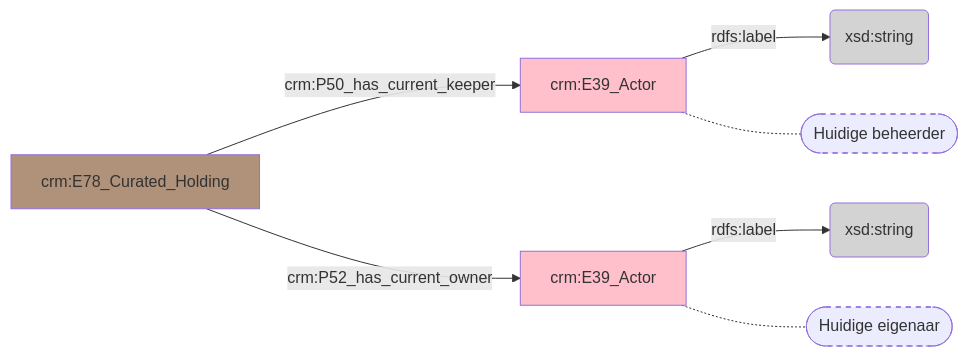
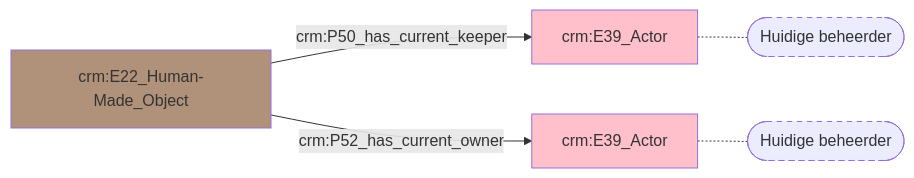
The diagram in docs/content/modellen/ArchivalUnit/Context.md (digipolisantwerpdocumentation/antwerp-cultureel-erfgoed), drawn with Mermaid before and after one commit. The commit also changed 170 other files, not shown here.

````diff
--- a/docs/content/modellen/ArchivalUnit/Context.md
+++ b/docs/content/modellen/ArchivalUnit/Context.md
@@ -1,16 +1,12 @@
 ```mermaid
 graph LR
-3b2194d8-04fb-11ee-9497-96a6d2455259["crm:E39_Actor"]-->|"rdfs:label"|3b21a662-04fb-11ee-9497-96a6d2455259(xsd:string)
-3b219744-04fb-11ee-9497-96a6d2455259["crm:E39_Actor"]-->|"rdfs:label"|3b21a6e4-04fb-11ee-9497-96a6d2455259(xsd:string)
-3b21a73e-04fb-11ee-9497-96a6d2455259["crm:E78_Curated_Holding"]-->|"crm:P50_has_current_keeper"|3b2194d8-04fb-11ee-9497-96a6d2455259["crm:E39_Actor"]
-3b21a73e-04fb-11ee-9497-96a6d2455259["crm:E78_Curated_Holding"]-->|"crm:P52_has_current_owner"|3b219744-04fb-11ee-9497-96a6d2455259["crm:E39_Actor"]
-3b2194d8-04fb-11ee-9497-96a6d2455259["crm:E39_Actor"]-.-3b2194d8-04fb-11ee-9497-96a6d2455259_s(["Huidige beheerder"])
-3b219744-04fb-11ee-9497-96a6d2455259["crm:E39_Actor"]-.-3b219744-04fb-11ee-9497-96a6d2455259_s(["Huidige eigenaar"])
-style 3b2194d8-04fb-11ee-9497-96a6d2455259_s stroke-dasharray: 5
-style 3b219744-04fb-11ee-9497-96a6d2455259_s stroke-dasharray: 5
-style 3b2194d8-04fb-11ee-9497-96a6d2455259 fill:#ffc0cb
-style 3b219744-04fb-11ee-9497-96a6d2455259 fill:#ffc0cb
-style 3b21a662-04fb-11ee-9497-96a6d2455259 fill:#D3D3D3
-style 3b21a6e4-04fb-11ee-9497-96a6d2455259 fill:#D3D3D3
-style 3b21a73e-04fb-11ee-9497-96a6d2455259 fill:#B0927A
+style 116b550e-27f8-11ef-9309-960002548b4f fill:#ffc0cb
+style 1fc1e45e-27f8-11ef-b550-960002548b4f fill:#ffc0cb
+style f03920c2-27f7-11ef-8f92-960002548b4f fill:#B0927A
+116b550e-27f8-11ef-9309-960002548b4f["crm:E39_Actor"]-.-116b550e-27f8-11ef-9309-960002548b4f_s(["Huidige beheerder"])
+1fc1e45e-27f8-11ef-b550-960002548b4f["crm:E39_Actor"]-.-1fc1e45e-27f8-11ef-b550-960002548b4f_s(["Huidige beheerder"])
+style 116b550e-27f8-11ef-9309-960002548b4f_s stroke-dasharray: 5
+style 1fc1e45e-27f8-11ef-b550-960002548b4f_s stroke-dasharray: 5
+f03920c2-27f7-11ef-8f92-960002548b4f["crm:E22_Human-Made_Object"]-->|"crm:P50_has_current_keeper"|116b550e-27f8-11ef-9309-960002548b4f["crm:E39_Actor"]
+f03920c2-27f7-11ef-8f92-960002548b4f["crm:E22_Human-Made_Object"]-->|"crm:P52_has_current_owner"|1fc1e45e-27f8-11ef-b550-960002548b4f["crm:E39_Actor"]
 ```
````
